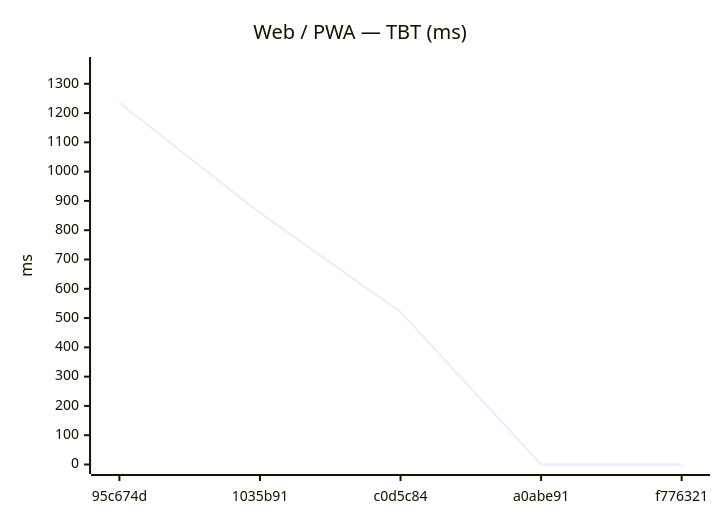
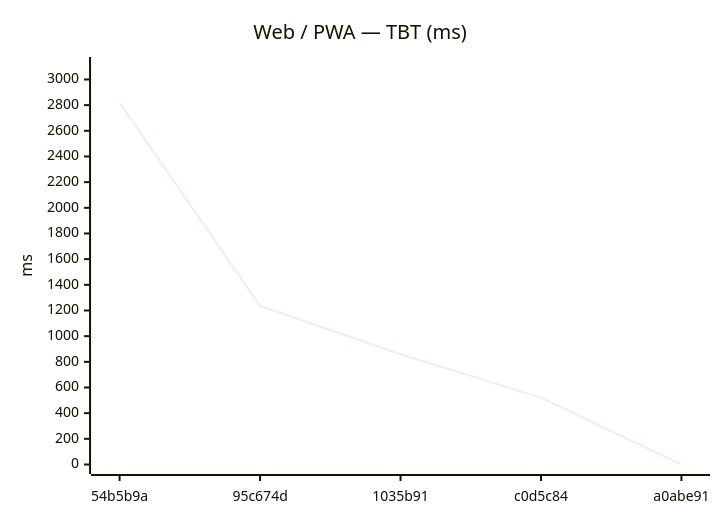
The eighth of 18 diagrams in benchmarks/compare.md (Metaheurist/Rianell), drawn with Mermaid before and after one commit. The commit also changed other lines of this file and 11 other files, not shown here.

````diff
--- a/benchmarks/compare.md
+++ b/benchmarks/compare.md
@@ -124,7 +124,7 @@
 ```mermaid
 xychart-beta
     title "Web / PWA — TBT (ms)"
-    x-axis ["95c674d", "1035b91", "c0d5c84", "a0abe91", "f776321"]
-    y-axis "ms" 0 --> 1359
-    line [1235, 859, 521, 0, 0]
+    x-axis ["54b5b9a", "95c674d", "1035b91", "c0d5c84", "a0abe91"]
+    y-axis "ms" 0 --> 3101
+    line [2819, 1235, 859, 521, 0]
 ```
````
